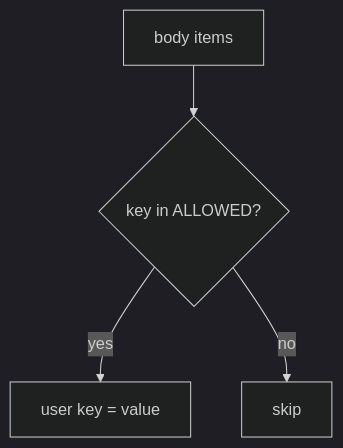
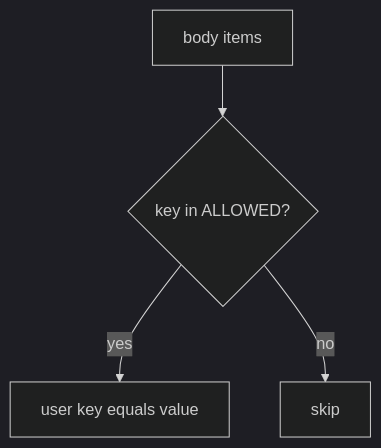
Before and after one commit to ishitvagoel/LearnSecurity: the diagram in content/modules/7/7.1/lessons/04-build.md, drawn with Mermaid (dark theme). The commit also changed other lines of this file and 28 other files, not shown here.

````diff
--- a/content/modules/7/7.1/lessons/04-build.md
+++ b/content/modules/7/7.1/lessons/04-build.md
@@ -13,6 +15,6 @@
 ```mermaid
 flowchart TD
   Body[body items] --> Allowed{"key in ALLOWED?"}
-  Allowed -->|yes| Copy["user key = value"]
+  Allowed -->|yes| Copy["user key equals value"]
   Allowed -->|no| Skip[skip]
 ```
````
